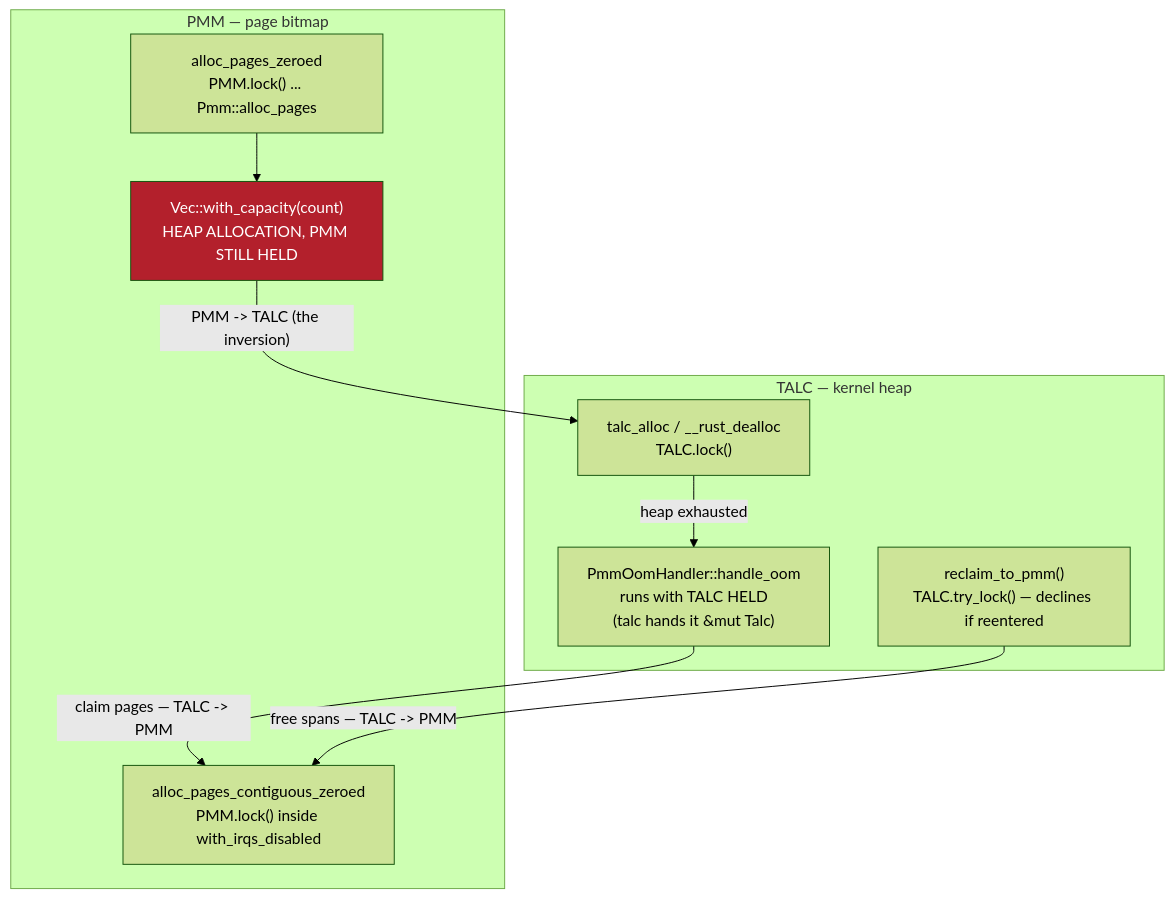
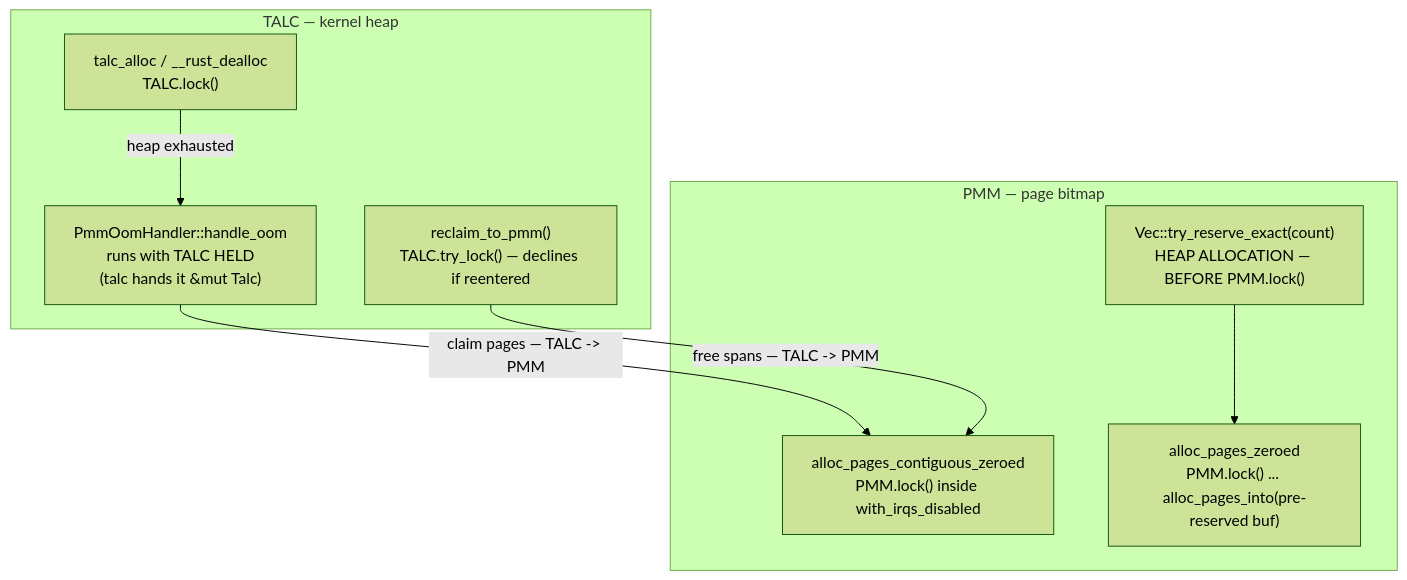
One commit to netoneko/akuma changed the diagram in docs/reference/subsystems/memory.md. Above: the diagram before and after it, drawn with Mermaid (forest theme). The commit also changed other lines of this file and 12 other files, not shown here.

````diff
--- a/docs/reference/subsystems/memory.md
+++ b/docs/reference/subsystems/memory.md
@@ -81,22 +93,19 @@
 ```mermaid
 flowchart TB
     subgraph HEAP["TALC — kernel heap"]
         MALLOC["talc_alloc / __rust_dealloc<br/>TALC.lock()"]
         OOM["PmmOomHandler::handle_oom<br/>runs with TALC HELD<br/>(talc hands it &mut Talc)"]
         RECL["reclaim_to_pmm()<br/>TALC.try_lock() — declines if reentered"]
     end
 
     subgraph PAGES["PMM — page bitmap"]
+        RESV["Vec::try_reserve_exact(count)<br/>HEAP ALLOCATION — BEFORE PMM.lock()"]
         APCZ["alloc_pages_contiguous_zeroed<br/>PMM.lock() inside with_irqs_disabled"]
-        APZ["alloc_pages_zeroed<br/>PMM.lock() ... Pmm::alloc_pages"]
-        VECC["Vec::with_capacity(count)<br/>HEAP ALLOCATION, PMM STILL HELD"]
+        APZ["alloc_pages_zeroed<br/>PMM.lock() ... alloc_pages_into(pre-reserved buf)"]
     end
 
     MALLOC -->|"heap exhausted"| OOM
     OOM -->|"claim pages — TALC -> PMM"| APCZ
     RECL -->|"free spans — TALC -> PMM"| APCZ
-    APZ --> VECC
-    VECC -->|"PMM -> TALC (the inversion)"| MALLOC
-
-    style VECC fill:#b3202c,color:#fff
+    RESV --> APZ
 ```
````
